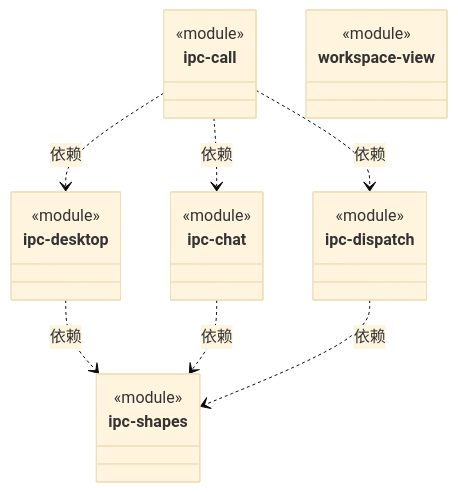
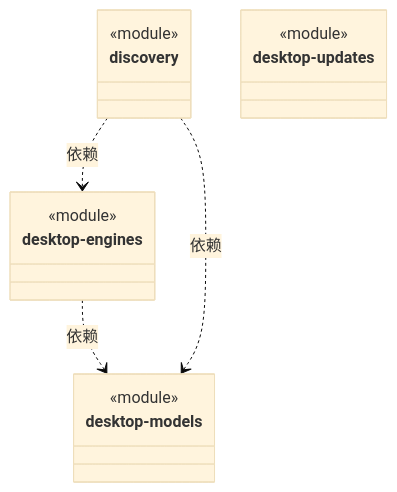
One commit to nan023062/cbim changed the diagram in src/bridge/contracts/ARCHITECTURE.md. Above: the diagram before and after it, drawn with Mermaid (base theme). The commit also changed other lines of this file and 1438 other files, not shown here.

````diff
--- a/src/bridge/contracts/ARCHITECTURE.md
+++ b/src/bridge/contracts/ARCHITECTURE.md
@@ -26,33 +22,22 @@
 ```mermaid
 classDiagram
-class N_b7b69110b086["ipc-call"] {
+class N_4806989b28c3["desktop-engines"] {
   <<module>>
 }
-click N_b7b69110b086 href "ipc-call.ts"
-class N_c2bdb34dc235["ipc-desktop"] {
+click N_4806989b28c3 href "desktop-engines.ts"
+class N_0da9030ea371["desktop-models"] {
   <<module>>
 }
-click N_c2bdb34dc235 href "ipc-desktop.ts"
-class N_684e7f44167c["ipc-chat"] {
+click N_0da9030ea371 href "desktop-models.ts"
+class N_890fa2a78c07["discovery"] {
   <<module>>
 }
-click N_684e7f44167c href "ipc-chat.ts"
-class N_69ed3ebd5554["ipc-dispatch"] {
+click N_890fa2a78c07 href "discovery.ts"
+class N_b4364224c42f["desktop-updates"] {
   <<module>>
 }
-click N_69ed3ebd5554 href "ipc-dispatch.ts"
-class N_06774971728b["ipc-shapes"] {
-  <<module>>
-}
-click N_06774971728b href "ipc-shapes.ts"
-class N_f3368d5d72b9["workspace-view"] {
-  <<module>>
-}
-click N_f3368d5d72b9 href "workspace-view.ts"
-N_b7b69110b086 ..> N_c2bdb34dc235 : 依赖
-N_b7b69110b086 ..> N_684e7f44167c : 依赖
-N_b7b69110b086 ..> N_69ed3ebd5554 : 依赖
-N_c2bdb34dc235 ..> N_06774971728b : 依赖
-N_684e7f44167c ..> N_06774971728b : 依赖
-N_69ed3ebd5554 ..> N_06774971728b : 依赖
+click N_b4364224c42f href "desktop-updates.ts"
+N_4806989b28c3 ..> N_0da9030ea371 : 依赖
+N_890fa2a78c07 ..> N_4806989b28c3 : 依赖
+N_890fa2a78c07 ..> N_0da9030ea371 : 依赖
 ```
````
